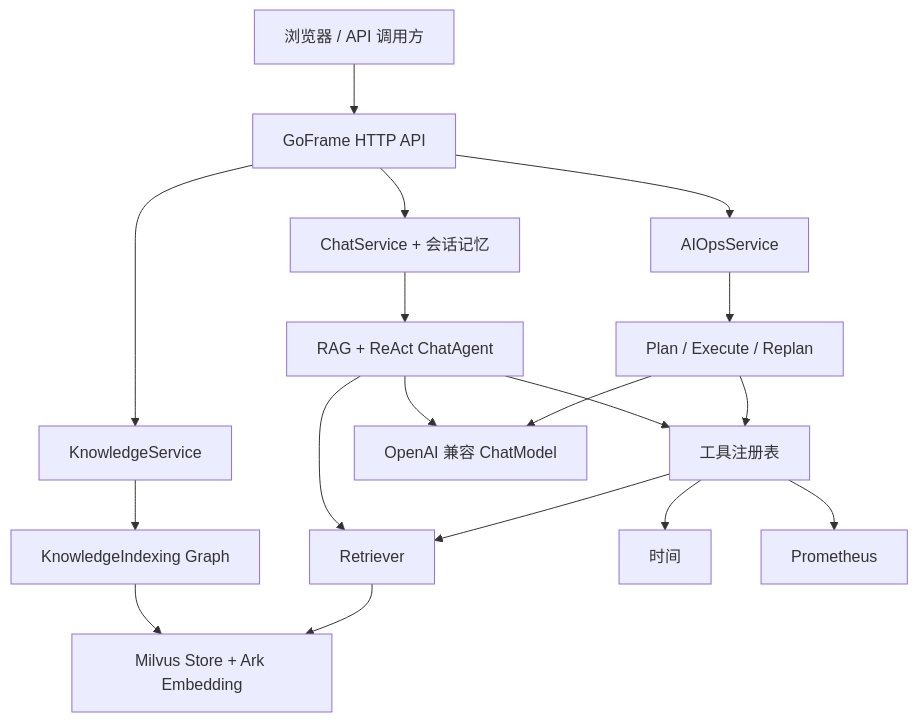
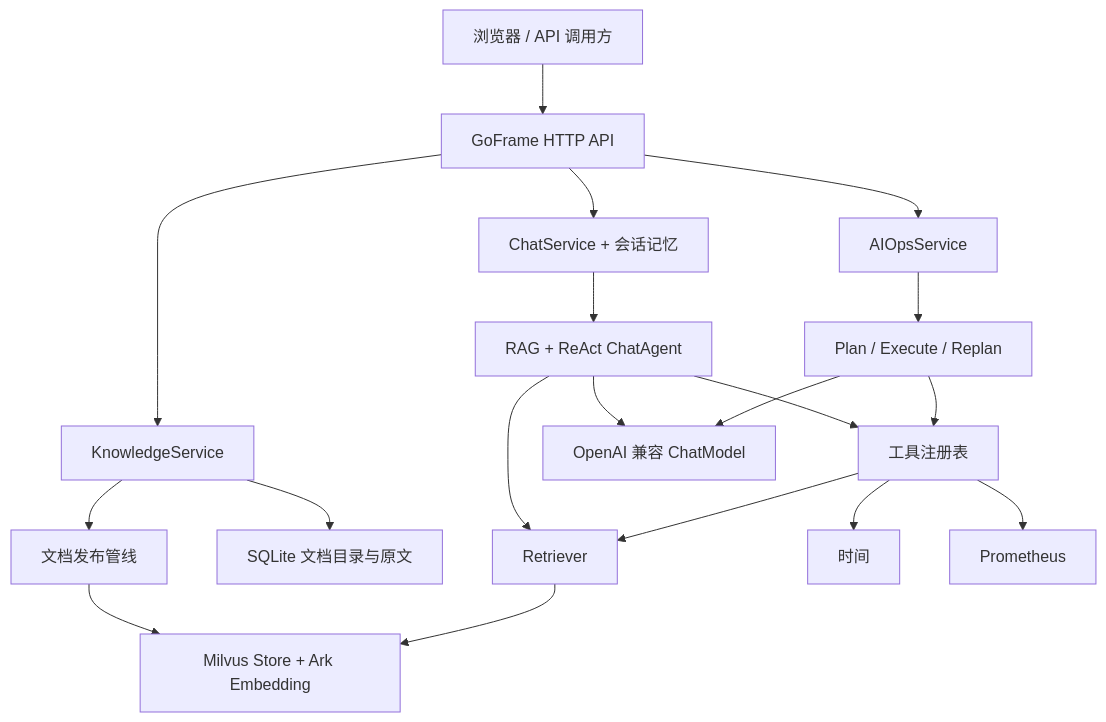
Before and after one commit to fredzsxie/OnCallAgent: the diagram in README.md, drawn with Mermaid. The commit also changed other lines of this file and 12 other files, not shown here.

````diff
--- a/README.md
+++ b/README.md
@@ -23,20 +23,21 @@
 ```mermaid
 flowchart TB
     User[浏览器 / API 调用方] --> HTTP[GoFrame HTTP API]
     HTTP --> Chat[ChatService + 会话记忆]
     HTTP --> Knowledge[KnowledgeService]
     HTTP --> Ops[AIOpsService]
     Chat --> ChatAgent[RAG + ReAct ChatAgent]
-    Knowledge --> Index[KnowledgeIndexing Graph]
+    Knowledge --> Index[文档发布管线]
+    Knowledge --> Catalog[SQLite 文档目录与原文]
     Ops --> OpsAgent[Plan / Execute / Replan]
     ChatAgent --> Retriever[Retriever]
     ChatAgent --> Tools[工具注册表]
     OpsAgent --> Tools
     Tools --> Retriever
     Tools --> Time[时间]
     Tools --> Prom[Prometheus]
     Index --> Store[Milvus Store + Ark Embedding]
     Retriever --> Store
     ChatAgent --> Models[OpenAI 兼容 ChatModel]
     OpsAgent --> Models
 ```
````
